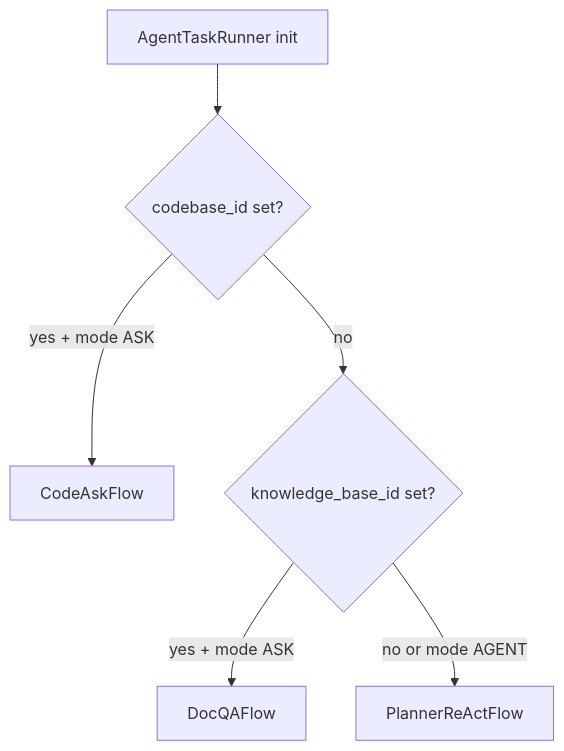
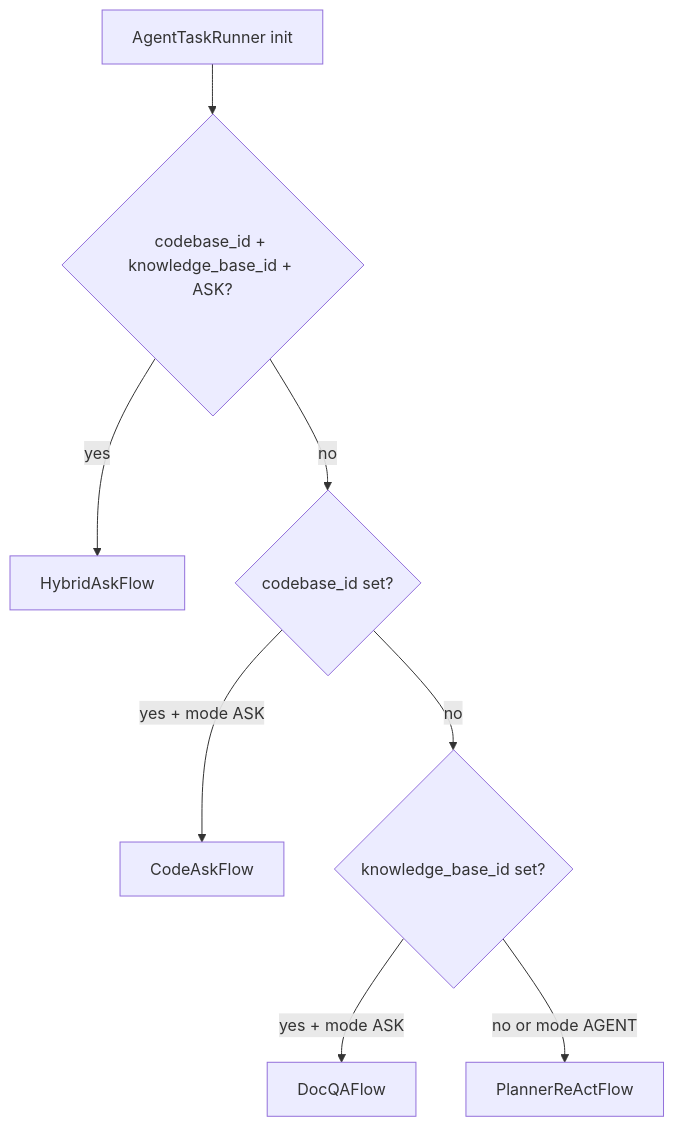
One commit to OceaLong/opencitadel changed the third of 8 diagrams in docs/architecture/overview.md. Above: the diagram before and after it, drawn with Mermaid. The commit also changed other lines of this file and 61 other files, not shown here.

First line of the commit message:
docs(tutorials): update tutorials to match new LLM endpoint and model configuration flow

````diff
--- a/docs/architecture/overview.md
+++ b/docs/architecture/overview.md
@@ -77,8 +90,10 @@
 ```mermaid
 flowchart TD
-  Start["AgentTaskRunner init"] --> CheckCode{"codebase_id set?"}
+  Start["AgentTaskRunner init"] --> Hybrid{"codebase_id + knowledge_base_id + ASK?"}
+  Hybrid -->|"yes"| HybridAsk["HybridAskFlow"]
+  Hybrid -->|"no"| CheckCode{"codebase_id set?"}
   CheckCode -->|"yes + mode ASK"| CodeAsk["CodeAskFlow"]
   CheckCode -->|"no"| CheckKB{"knowledge_base_id set?"}
   CheckKB -->|"yes + mode ASK"| DocQA["DocQAFlow"]
   CheckKB -->|"no or mode AGENT"| Planner["PlannerReActFlow"]
 ```
````
